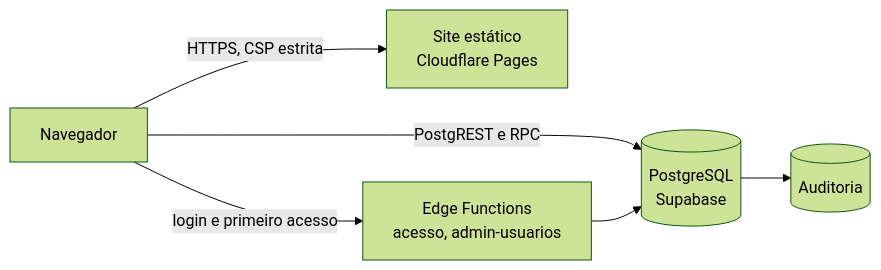
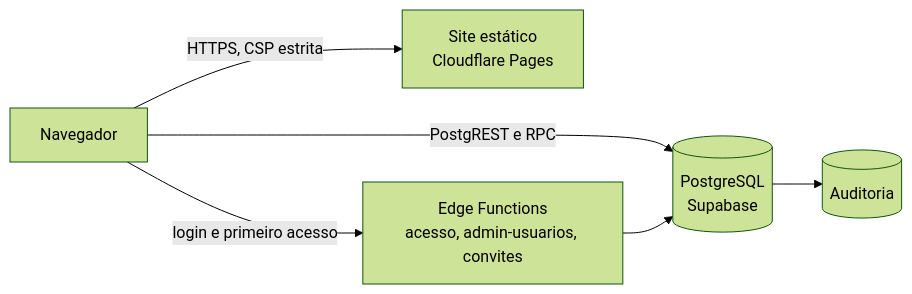
One commit to Kamadoo/oficineiro-mais changed the diagram in README.md. Above: the diagram before and after it, drawn with Mermaid (forest theme). The commit also changed 13 other files, not shown here.

Commit message:
Convites de primeiro acesso por e-mail na aba do Administrador

````diff
--- a/README.md
+++ b/README.md
@@ -73,8 +73,8 @@
 ```mermaid
 flowchart LR
     N[Navegador] -->|HTTPS, CSP estrita| S[Site estático<br/>Cloudflare Pages]
     N -->|PostgREST e RPC| B[(PostgreSQL<br/>Supabase)]
-    N -->|login e primeiro acesso| F[Edge Functions<br/>acesso, admin-usuarios]
+    N -->|login e primeiro acesso| F[Edge Functions<br/>acesso, admin-usuarios, convites]
     F --> B
     B --> A[(Auditoria)]
 ```
````
